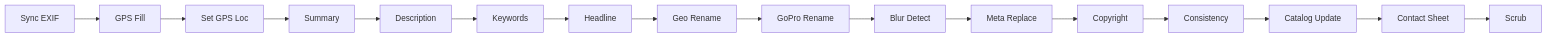
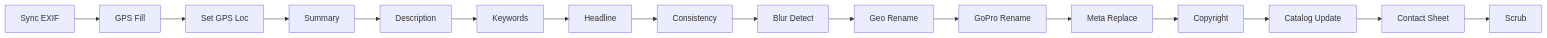
One commit to igoros777/photoshell changed the diagram in docs/web_ui_help.md. Above: the diagram before and after it, drawn with Mermaid. The commit also changed other lines of this file and 15 other files, not shown here.

````diff
--- a/docs/web_ui_help.md
+++ b/docs/web_ui_help.md
@@ -26,18 +26,18 @@
 ```mermaid
 flowchart LR
     A[Sync EXIF] --> B[GPS Fill]
     B --> B2[Set GPS Loc]
     B2 --> C[Summary]
     C --> D[Description]
     D --> E[Keywords]
     E --> E2[Headline]
-    E2 --> F[Geo Rename]
+    E2 --> E3[Consistency]
+    E3 --> H[Blur Detect]
+    H --> F[Geo Rename]
     F --> G[GoPro Rename]
-    G --> H[Blur Detect]
-    H --> H2[Meta Replace]
+    G --> H2[Meta Replace]
     H2 --> H3[Copyright]
-    H3 --> H4[Consistency]
-    H4 --> H5[Catalog Update]
+    H3 --> H5[Catalog Update]
     H5 --> I[Contact Sheet]
     I --> J[Scrub]
 ```
````
